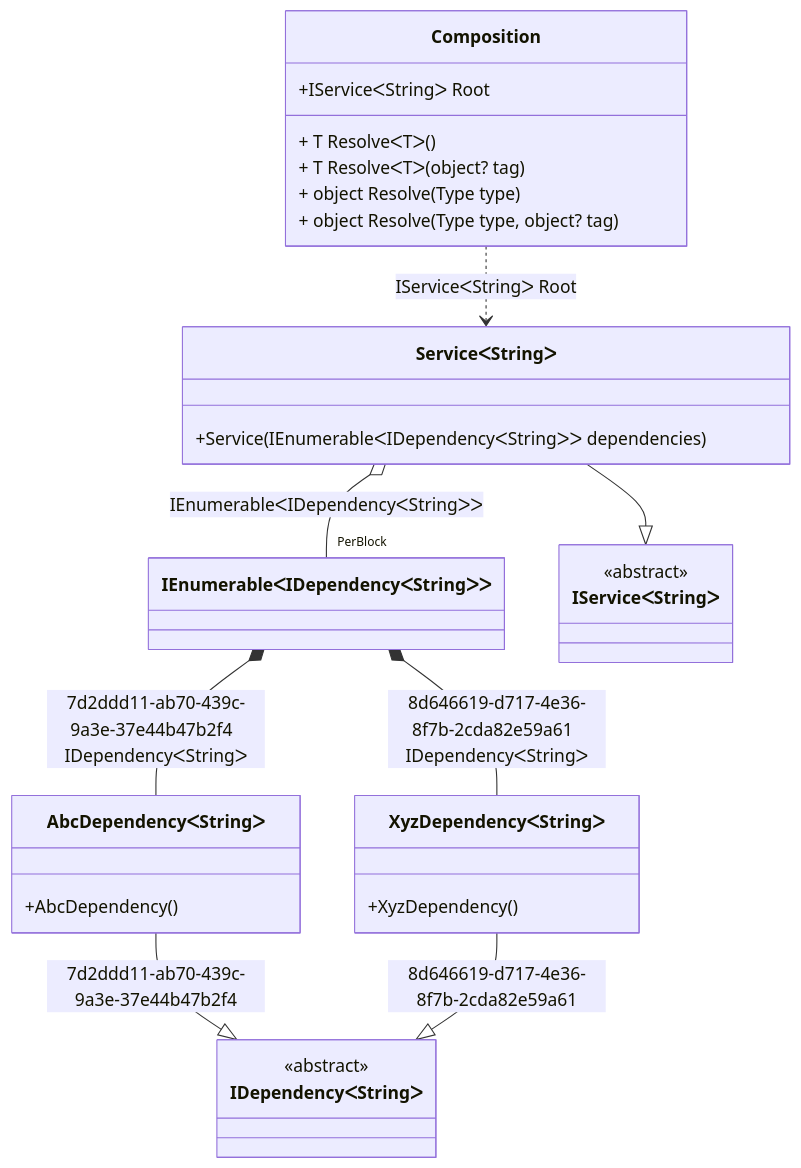
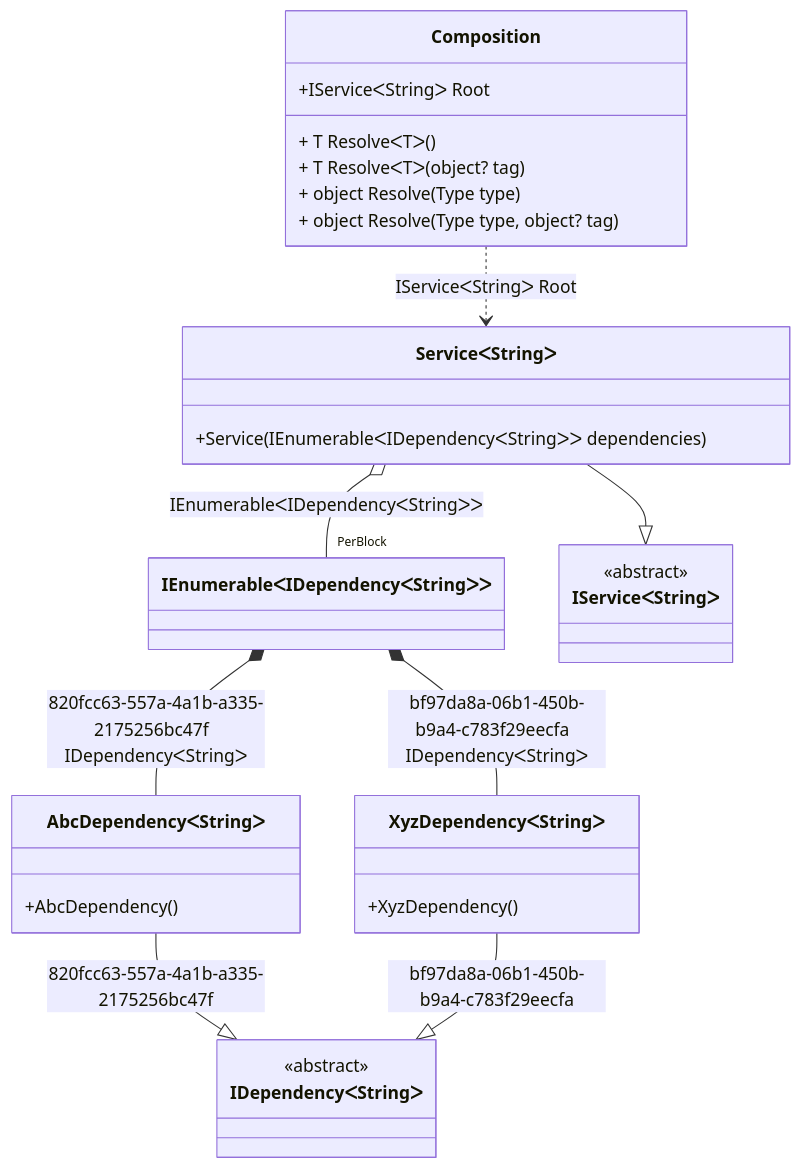
The diagram in readme/tag-unique.md (DevTeam/Pure.DI), drawn with Mermaid before and after one commit. The commit also changed other lines of this file and 14 other files, not shown here.

````diff
--- a/readme/tag-unique.md
+++ b/readme/tag-unique.md
@@ -39,33 +39,33 @@
 ```mermaid
 classDiagram
   class Composition {
     +IServiceᐸStringᐳ Root
     + T ResolveᐸTᐳ()
     + T ResolveᐸTᐳ(object? tag)
     + object Resolve(Type type)
     + object Resolve(Type type, object? tag)
   }
   class IEnumerableᐸIDependencyᐸStringᐳᐳ
-  AbcDependencyᐸStringᐳ --|> IDependencyᐸStringᐳ : 7d2ddd11-ab70-439c-9a3e-37e44b47b2f4 
+  AbcDependencyᐸStringᐳ --|> IDependencyᐸStringᐳ : 820fcc63-557a-4a1b-a335-2175256bc47f 
   class AbcDependencyᐸStringᐳ {
     +AbcDependency()
   }
-  XyzDependencyᐸStringᐳ --|> IDependencyᐸStringᐳ : 8d646619-d717-4e36-8f7b-2cda82e59a61 
+  XyzDependencyᐸStringᐳ --|> IDependencyᐸStringᐳ : bf97da8a-06b1-450b-b9a4-c783f29eecfa 
   class XyzDependencyᐸStringᐳ {
     +XyzDependency()
   }
   ServiceᐸStringᐳ --|> IServiceᐸStringᐳ : 
   class ServiceᐸStringᐳ {
     +Service(IEnumerableᐸIDependencyᐸStringᐳᐳ dependencies)
   }
   class IDependencyᐸStringᐳ {
     <<abstract>>
   }
   class IServiceᐸStringᐳ {
     <<abstract>>
   }
-  IEnumerableᐸIDependencyᐸStringᐳᐳ *--  AbcDependencyᐸStringᐳ : 7d2ddd11-ab70-439c-9a3e-37e44b47b2f4  IDependencyᐸStringᐳ
-  IEnumerableᐸIDependencyᐸStringᐳᐳ *--  XyzDependencyᐸStringᐳ : 8d646619-d717-4e36-8f7b-2cda82e59a61  IDependencyᐸStringᐳ
+  IEnumerableᐸIDependencyᐸStringᐳᐳ *--  AbcDependencyᐸStringᐳ : 820fcc63-557a-4a1b-a335-2175256bc47f  IDependencyᐸStringᐳ
+  IEnumerableᐸIDependencyᐸStringᐳᐳ *--  XyzDependencyᐸStringᐳ : bf97da8a-06b1-450b-b9a4-c783f29eecfa  IDependencyᐸStringᐳ
   Composition ..> ServiceᐸStringᐳ : IServiceᐸStringᐳ Root
   ServiceᐸStringᐳ o--  "PerBlock" IEnumerableᐸIDependencyᐸStringᐳᐳ : IEnumerableᐸIDependencyᐸStringᐳᐳ
 ```
````
